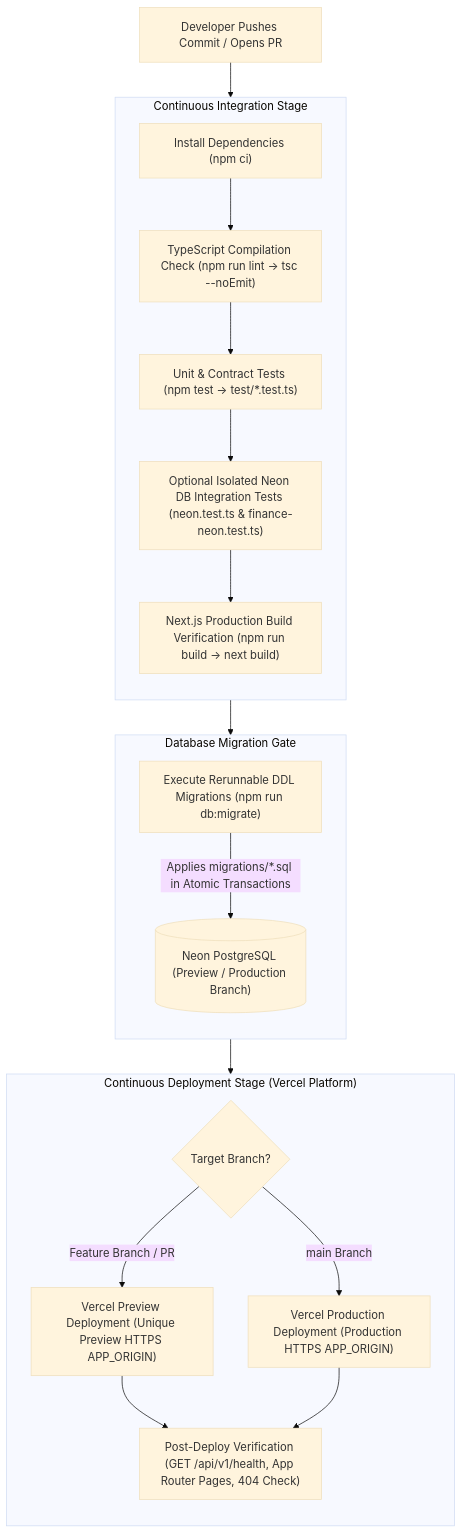
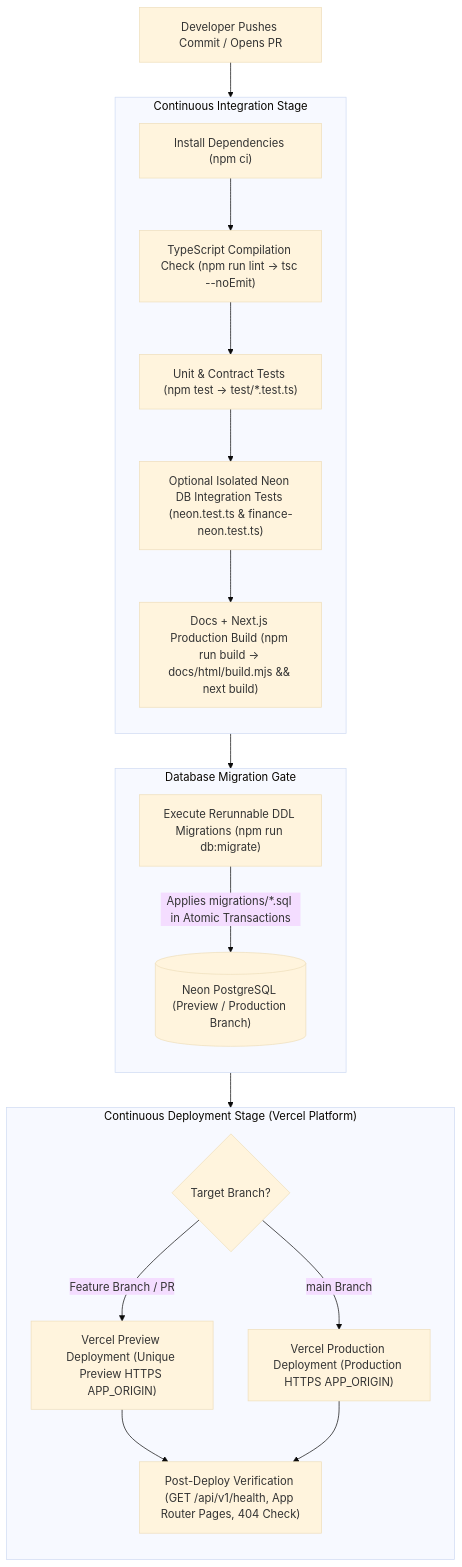
Before and after one commit to nnminh-sam/my_finance: the first of 4 diagrams in docs/03-cicd-architecture.md, drawn with Mermaid (base theme). The commit also changed other lines of this file and 27 other files, not shown here.

First line of the commit message:
docs: sync architecture docs with salary cycle, date-range loading, and current layout

````diff
--- a/docs/03-cicd-architecture.md
+++ b/docs/03-cicd-architecture.md
@@ -11,42 +13,42 @@
 ```mermaid
 flowchart TB
     Dev["Developer Pushes Commit / Opens PR"]
 
     subgraph CI["Continuous Integration Stage"]
         direction TB
         Install["Install Dependencies (npm ci)"]
         Typecheck["TypeScript Compilation Check (npm run lint -> tsc --noEmit)"]
         UnitTests["Unit & Contract Tests (npm test -> test/*.test.ts)"]
         IntTests["Optional Isolated Neon DB Integration Tests (neon.test.ts & finance-neon.test.ts)"]
-        BuildVerify["Next.js Production Build Verification (npm run build -> next build)"]
+        BuildVerify["Docs + Next.js Production Build (npm run build -> docs/html/build.mjs && next build)"]
 
         Install --> Typecheck
         Typecheck --> UnitTests
         UnitTests --> IntTests
         IntTests --> BuildVerify
     end
 
     subgraph DBMigrate["Database Migration Gate"]
         direction TB
         RunMigrate["Execute Rerunnable DDL Migrations (npm run db:migrate)"]
         NeonDB[("Neon PostgreSQL (Preview / Production Branch)")]
         RunMigrate -->|"Applies migrations/*.sql in Atomic Transactions"| NeonDB
     end
 
     subgraph CD["Continuous Deployment Stage (Vercel Platform)"]
         direction TB
         BranchCheck{"Target Branch?"}
         PreviewDeploy["Vercel Preview Deployment (Unique Preview HTTPS APP_ORIGIN)"]
         ProdDeploy["Vercel Production Deployment (Production HTTPS APP_ORIGIN)"]
         SmokeCheck["Post-Deploy Verification (GET /api/v1/health, App Router Pages, 404 Check)"]
 
         BranchCheck -->|"Feature Branch / PR"| PreviewDeploy
         BranchCheck -->|"main Branch"| ProdDeploy
         PreviewDeploy --> SmokeCheck
         ProdDeploy --> SmokeCheck
     end
 
     Dev --> Install
     BuildVerify --> RunMigrate
     RunMigrate --> BranchCheck
 ```
````
